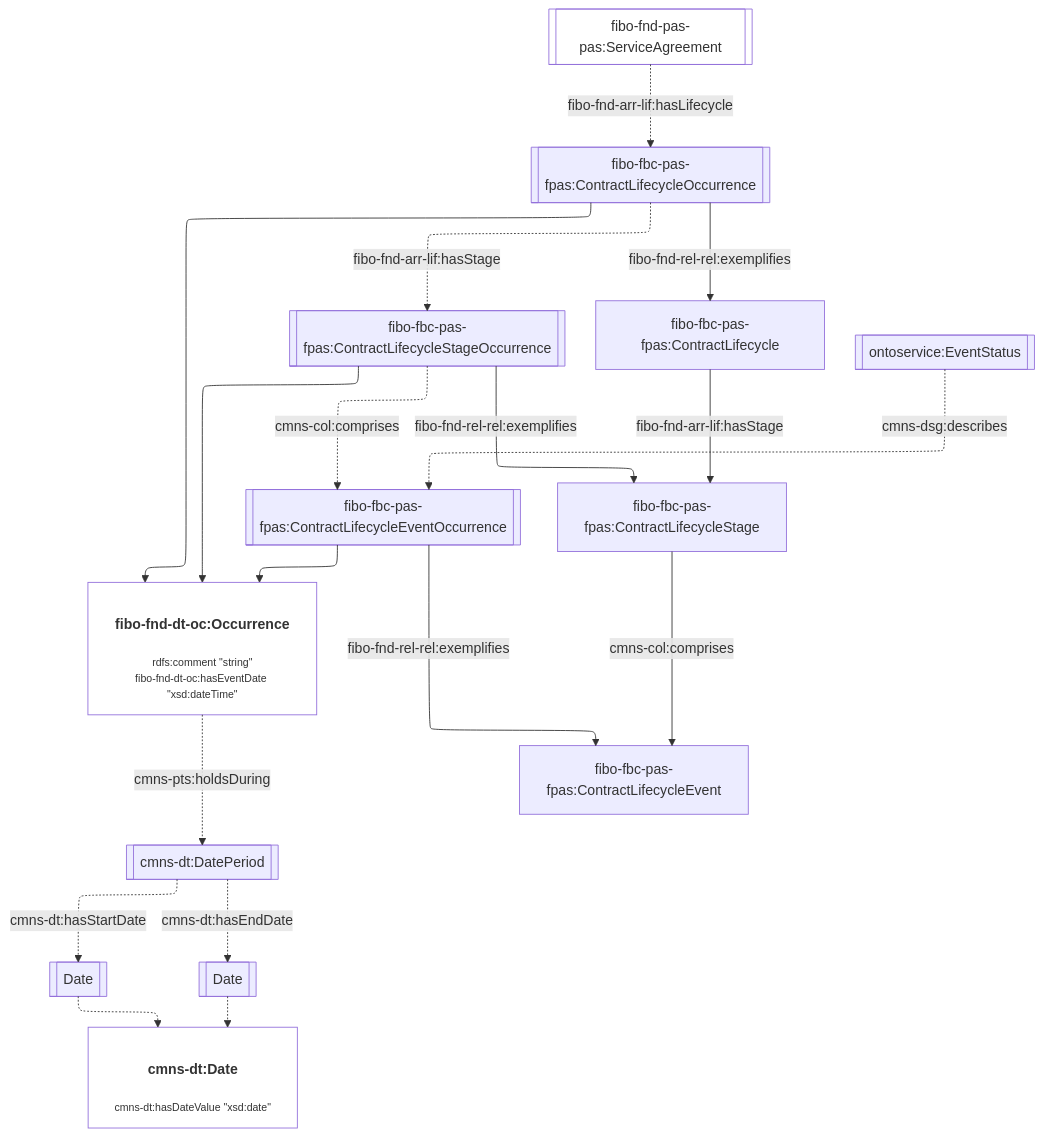
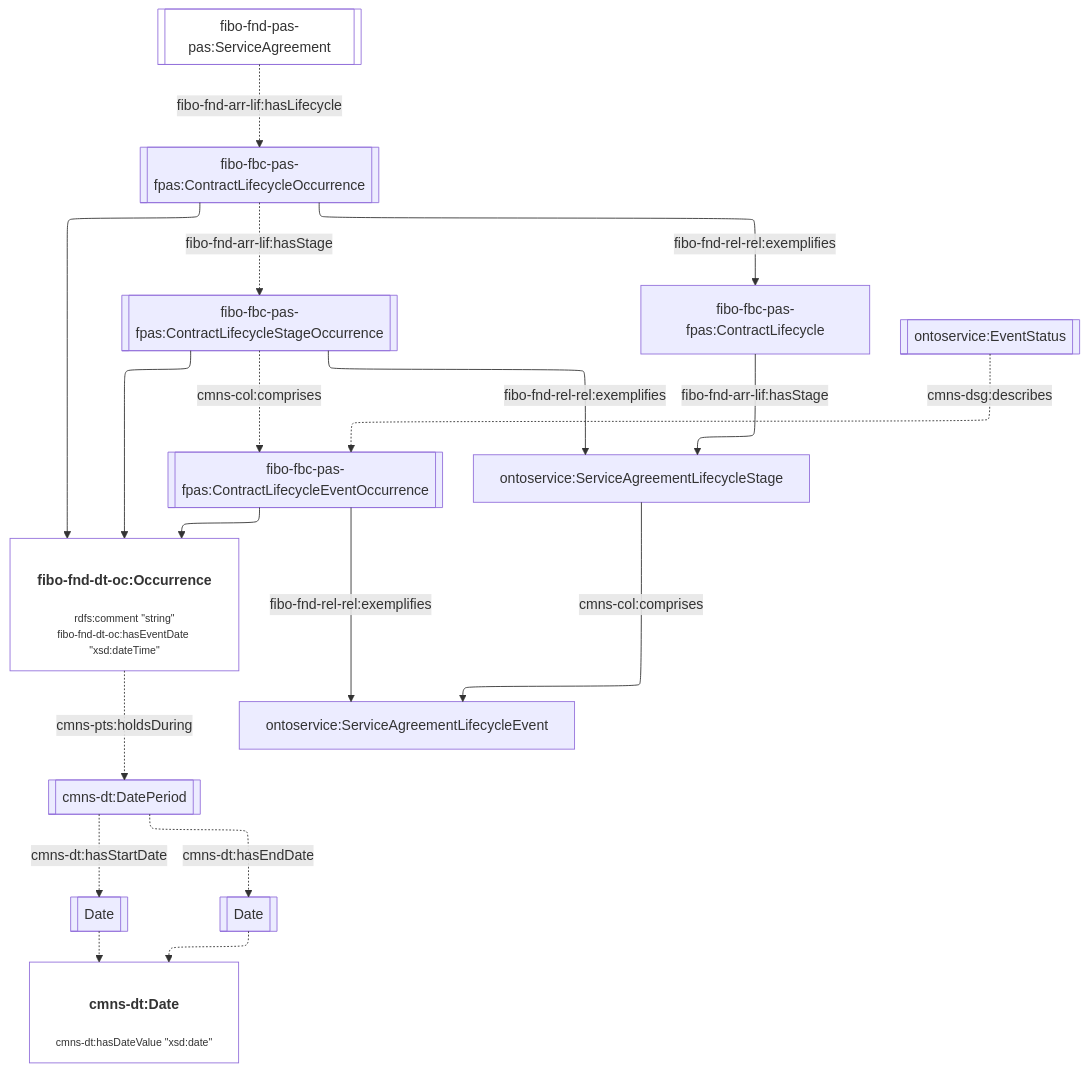
One commit to cambridge-cares/TheWorldAvatar changed the sixth of 12 diagrams in JPS_Ontology/ontology/ontoservice/README.md. Above: the diagram before and after it, drawn with Mermaid. The commit also changed other lines of this file and 4 other files, not shown here.

Commit message:
dev-service-execution-ontology-extension: extended stage and event classes

````diff
--- a/JPS_Ontology/ontology/ontoservice/README.md
+++ b/JPS_Ontology/ontology/ontoservice/README.md
@@ -256,31 +256,31 @@
 ```mermaid
 %%{init: {"flowchart": {"defaultRenderer": "elk"}} }%%
 flowchart TD
     %% Styling
     classDef literal fill:none
     classDef node overflow-wrap:break-word,text-wrap:pretty
     linkStyle default overflow-wrap:break-word,text-wrap:pretty;
 
     %% Contents
     Agreement[[fibo-fnd-pas-pas:ServiceAgreement]]:::literal -. fibo-fnd-arr-lif:hasLifecycle .-> LifecycleOccurrence[[fibo-fbc-pas-fpas:ContractLifecycleOccurrence]]
     LifecycleOccurrence -. fibo-fnd-arr-lif:hasStage .-> StageOccurrence[[fibo-fbc-pas-fpas:ContractLifecycleStageOccurrence]]
     StageOccurrence -. cmns-col:comprises .-> EventOccurrence[[fibo-fbc-pas-fpas:ContractLifecycleEventOccurrence]]
 
     LifecycleOccurrence -- fibo-fnd-rel-rel:exemplifies --> Lifecycle[fibo-fbc-pas-fpas:ContractLifecycle]
-    StageOccurrence -- fibo-fnd-rel-rel:exemplifies --> Stage[fibo-fbc-pas-fpas:ContractLifecycleStage]
-    EventOccurrence -- fibo-fnd-rel-rel:exemplifies --> Event[fibo-fbc-pas-fpas:ContractLifecycleEvent]
+    StageOccurrence -- fibo-fnd-rel-rel:exemplifies --> Stage[ontoservice:ServiceAgreementLifecycleStage]
+    EventOccurrence -- fibo-fnd-rel-rel:exemplifies --> Event[ontoservice:ServiceAgreementLifecycleEvent]
 
     Lifecycle -- fibo-fnd-arr-lif:hasStage --> Stage
     Stage -- cmns-col:comprises --> Event
 
     LifecycleOccurrence --> Occurrence["<h4>fibo-fnd-dt-oc:Occurrence</h4><p style='font-size:0.75rem;'>rdfs:comment &quot;string&quot;<br>fibo-fnd-dt-oc:hasEventDate &quot;xsd:dateTime&quot;</p>"]:::literal
     StageOccurrence --> Occurrence
     EventOccurrence --> Occurrence
     Occurrence -. cmns-pts:holdsDuring .-> DatePeriod[[cmns-dt:DatePeriod]]
     DatePeriod -. cmns-dt:hasStartDate .-> StartDate[[Date]]
     DatePeriod -. cmns-dt:hasEndDate .-> EndDate[[Date]]
     StartDate -.-> Date["<h4>cmns-dt:Date</h4><p style='font-size:0.75rem;'>cmns-dt:hasDateValue &quot;xsd:date&quot;</p>"]:::literal
     EndDate -.-> Date
 
     EventStatus[[ontoservice:EventStatus]] -. cmns-dsg:describes .-> EventOccurrence
 ```
````
